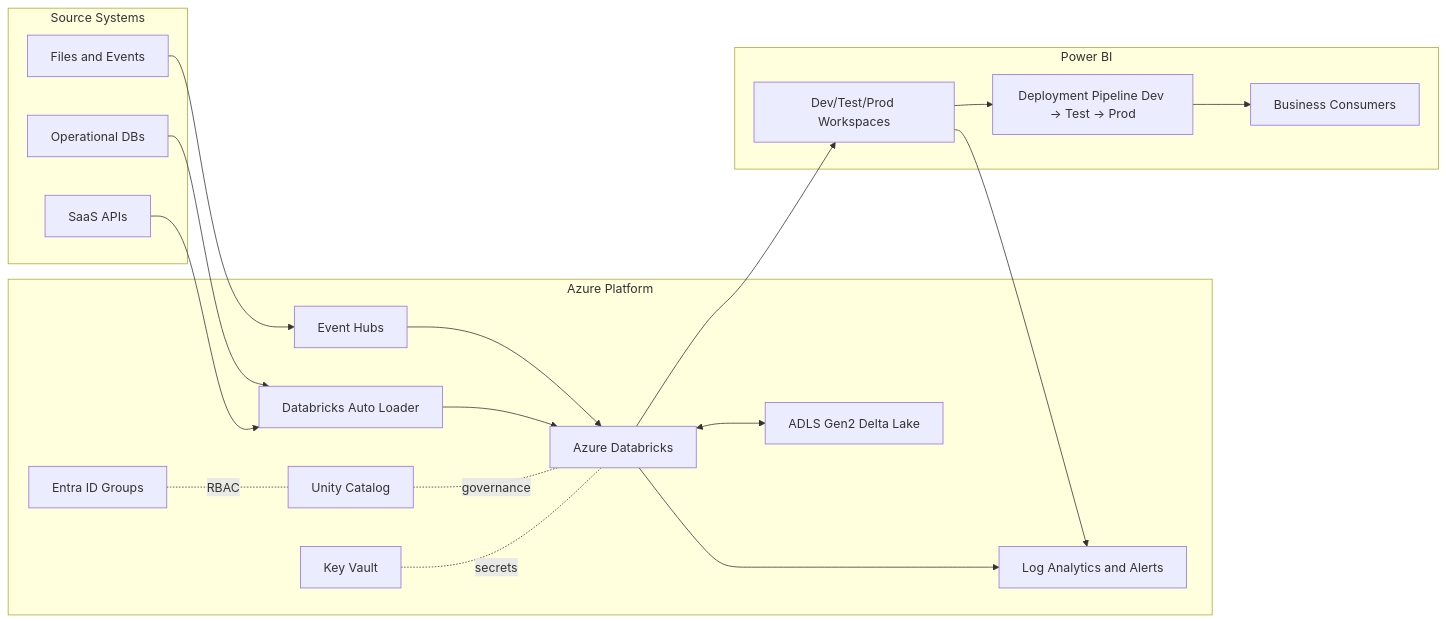
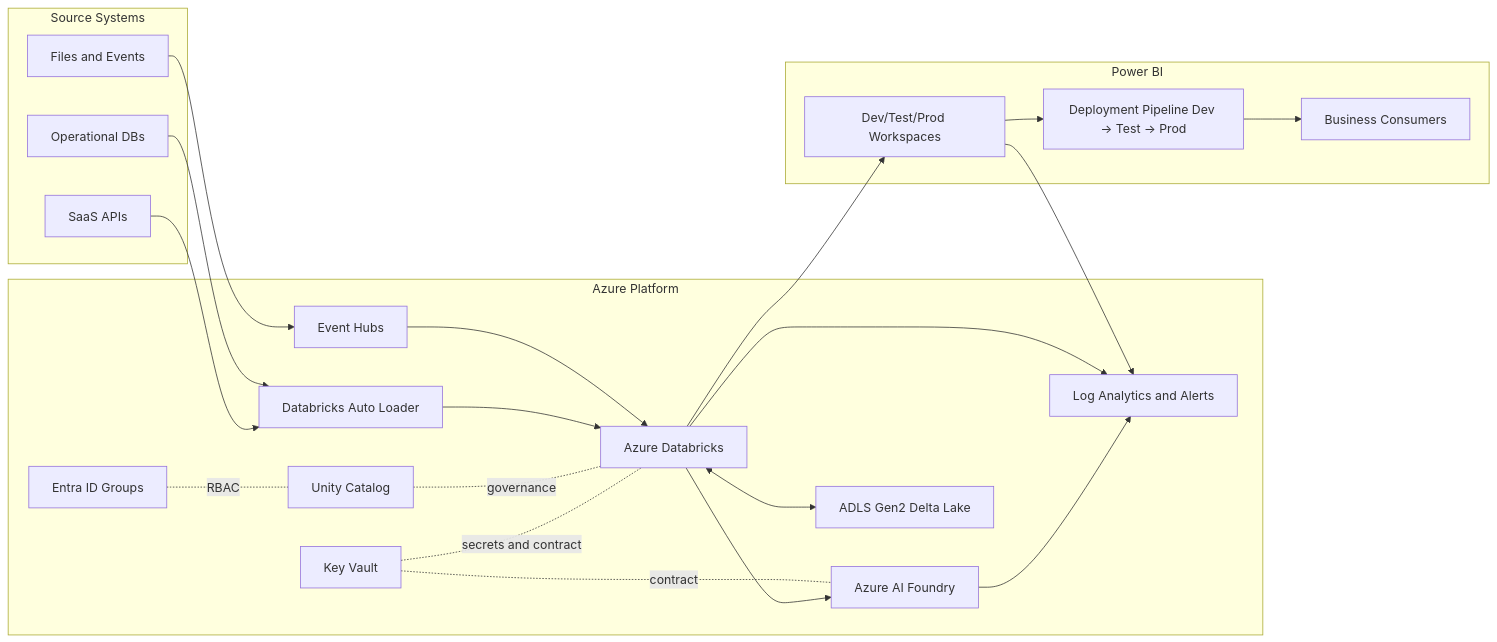
The first of 4 diagrams in dataplatform-beta/README.md (espenhk/espenhk-hobby-projects), drawn with Mermaid before and after one commit. The commit also changed other lines of this file and 52 other files, not shown here.

````diff
--- a/dataplatform-beta/README.md
+++ b/dataplatform-beta/README.md
@@ -88,40 +111,44 @@
 ```mermaid
 flowchart LR
   subgraph Sources[Source Systems]
     S1[Operational DBs]
     S2[SaaS APIs]
     S3[Files and Events]
   end
 
   subgraph Azure[Azure Platform]
     EH[Event Hubs]
     AL[Databricks Auto Loader]
     DBX[Azure Databricks]
+    FDRY[Azure AI Foundry]
     UC[Unity Catalog]
     ADLS[ADLS Gen2 Delta Lake]
     KV[Key Vault]
     LA[Log Analytics and Alerts]
     ENTRA[Entra ID Groups]
   end
 
   subgraph BI[Power BI]
     WS[Dev/Test/Prod Workspaces]
     PIPE[Deployment Pipeline Dev -> Test -> Prod]
     USERS[Business Consumers]
   end
 
   S1 --> AL
   S2 --> AL
   S3 --> EH
   EH --> DBX
   AL --> DBX
   DBX <--> ADLS
   UC -. governance .- DBX
-  KV -. secrets .- DBX
+  KV -. secrets and contract .- DBX
+  KV -. contract .- FDRY
   ENTRA -. RBAC .- UC
+  DBX --> FDRY
   DBX --> WS
   WS --> PIPE
   PIPE --> USERS
   DBX --> LA
+  FDRY --> LA
   WS --> LA
 ```
````
